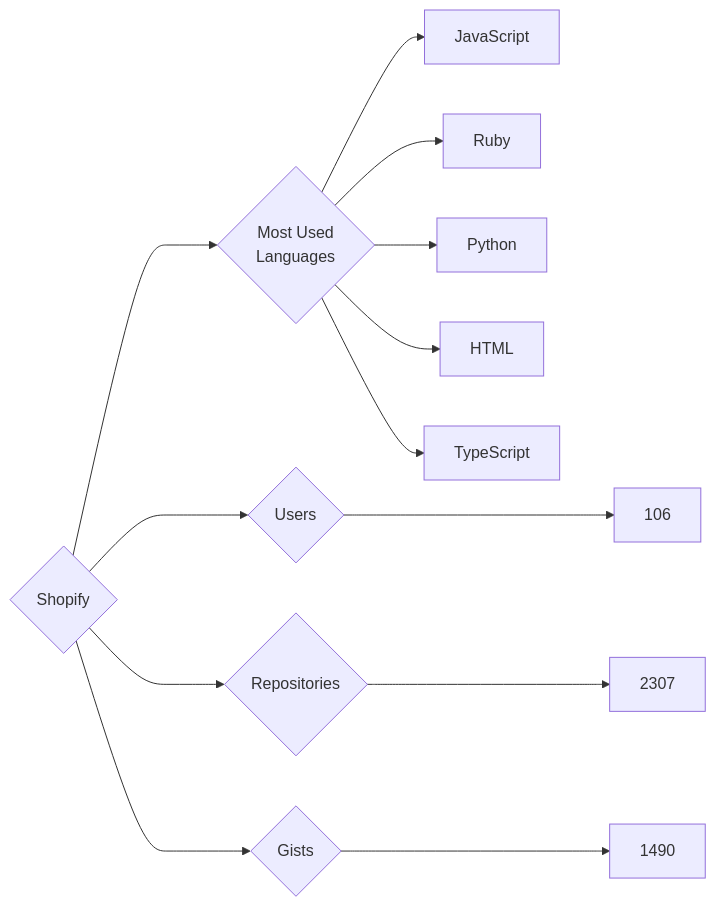
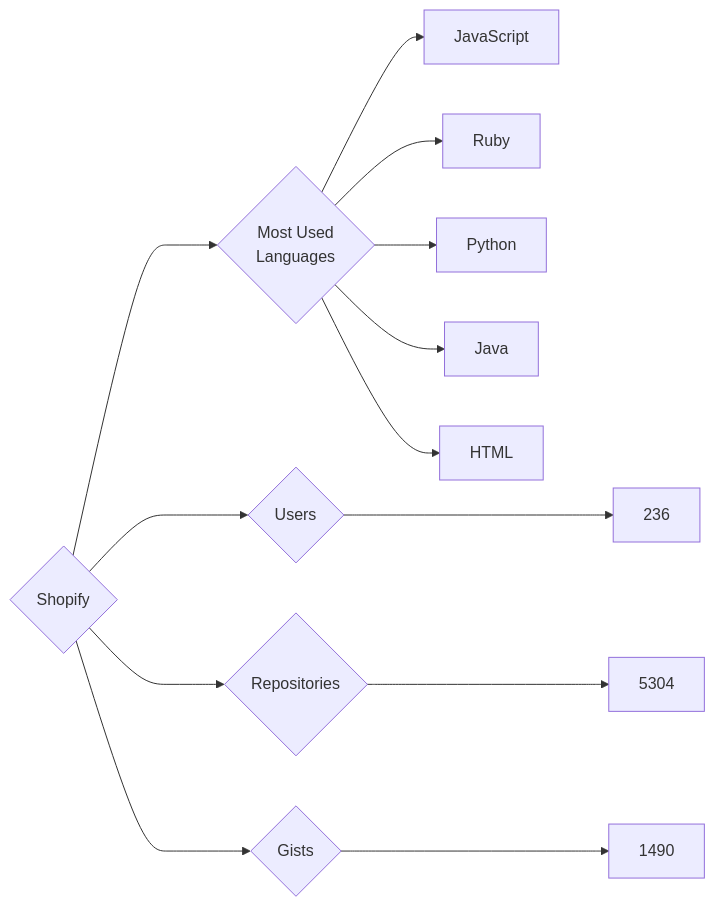
The diagram in targets/Shopify/README.md (trickest/insiders), drawn with Mermaid before and after one commit. The commit also changed 770 other files, not shown here.

````diff
--- a/targets/Shopify/README.md
+++ b/targets/Shopify/README.md
@@ -3,13 +3,13 @@
 ```mermaid
 graph LR
 COMPANY_NAME{Shopify}
-COMPANY_NAME ---> U{Users} ---> UN[106]
-COMPANY_NAME ---> R{Repositories} ---> RN[2307]
+COMPANY_NAME ---> U{Users} ---> UN[236]
+COMPANY_NAME ---> R{Repositories} ---> RN[5304]
 COMPANY_NAME ---> G{Gists} ---> GN[1490]
 COMPANY_NAME ---> ML{Most Used<br>Languages}
 ML --> JavaScript[JavaScript]
 ML --> Ruby[Ruby]
 ML --> Python[Python]
+ML --> Java[Java]
 ML --> HTML[HTML]
-ML --> TypeScript[TypeScript]
 ```
````
